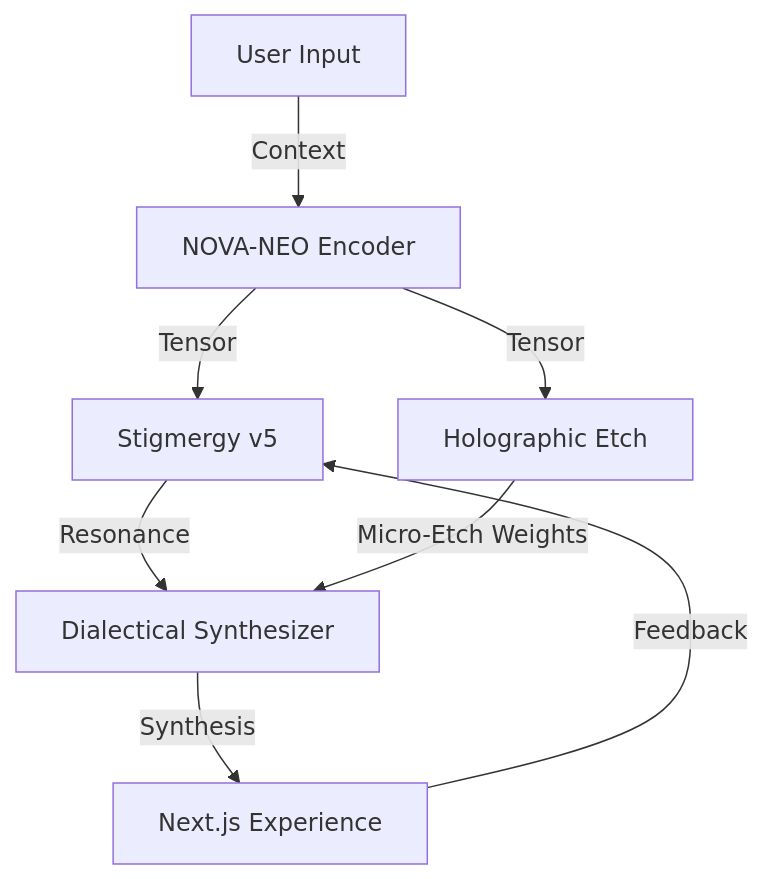
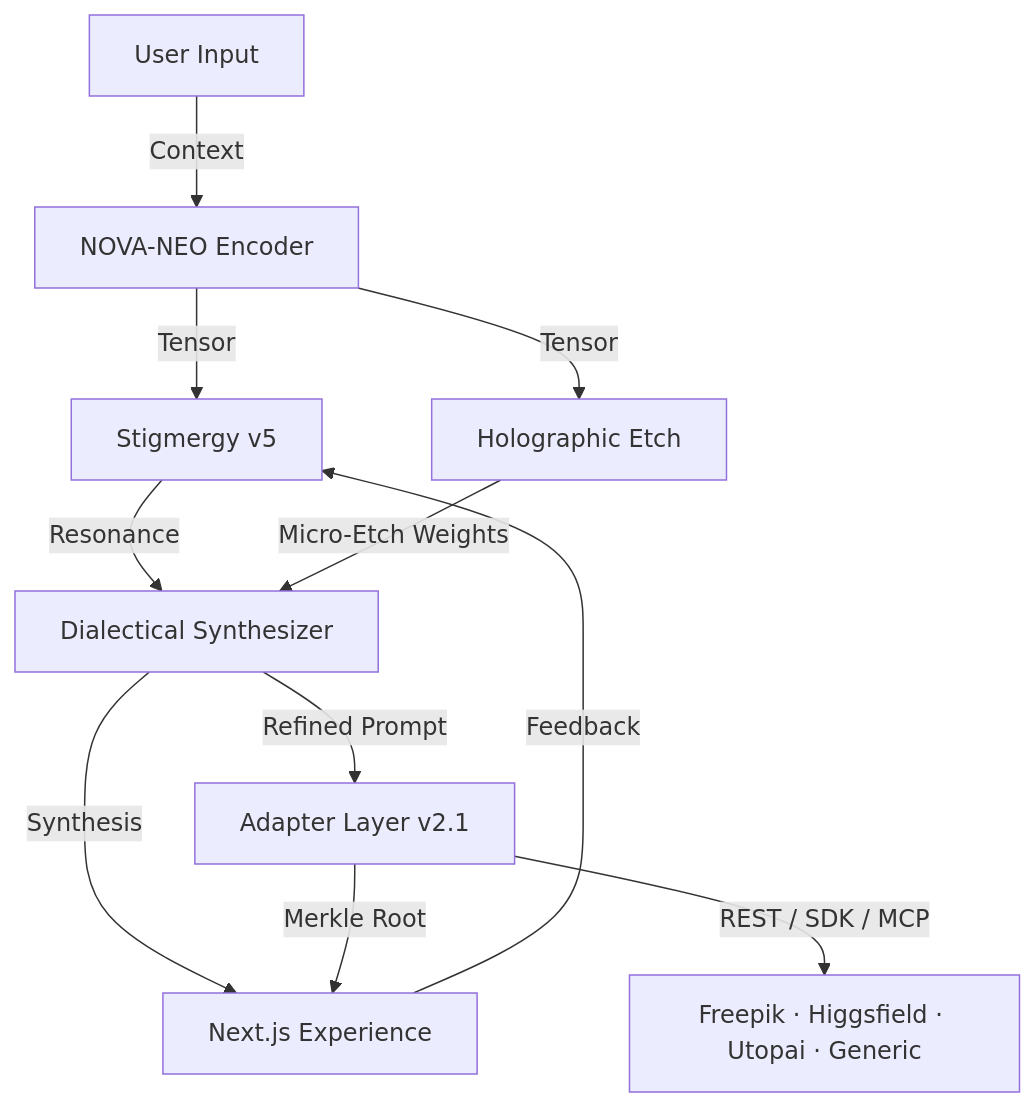
One commit to Kuonirad/MCOP-Framework-2.0 changed the diagram in README.md. Above: the diagram before and after it, drawn with Mermaid. The commit also changed other lines of this file and 1 other file, not shown here.

First line of the commit message:
docs(readme,frontpage): surface Universal Adapter Protocol v2.1 (#469)

````diff
--- a/README.md
+++ b/README.md
@@ -23,10 +25,13 @@
 ```mermaid
 graph TD
     U[User Input] -->|Context| N[NOVA-NEO Encoder]
     N -->|Tensor| S[Stigmergy v5]
     N -->|Tensor| H[Holographic Etch]
     S -->|Resonance| D[Dialectical Synthesizer]
     H -->|Micro-Etch Weights| D
     D -->|Synthesis| UI[Next.js Experience]
     UI -->|Feedback| S
+    D -->|Refined Prompt| A[Adapter Layer v2.1]
+    A -->|REST / SDK / MCP| P[Freepik · Higgsfield · Utopai · Generic]
+    A -->|Merkle Root| UI
 ```
````
